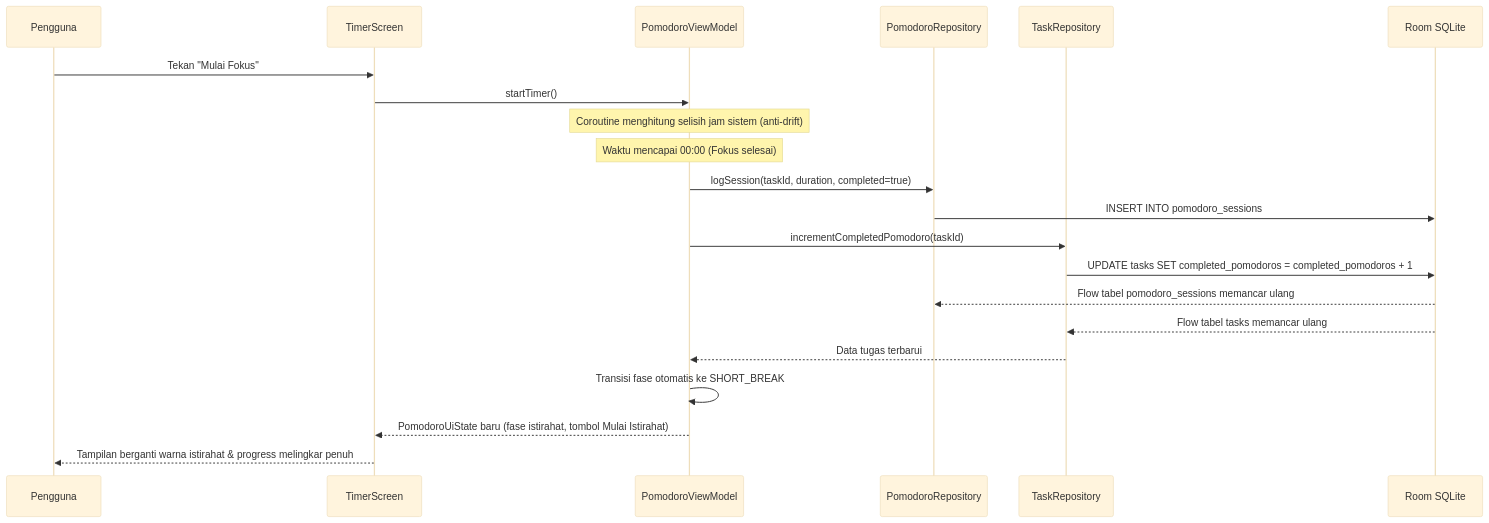
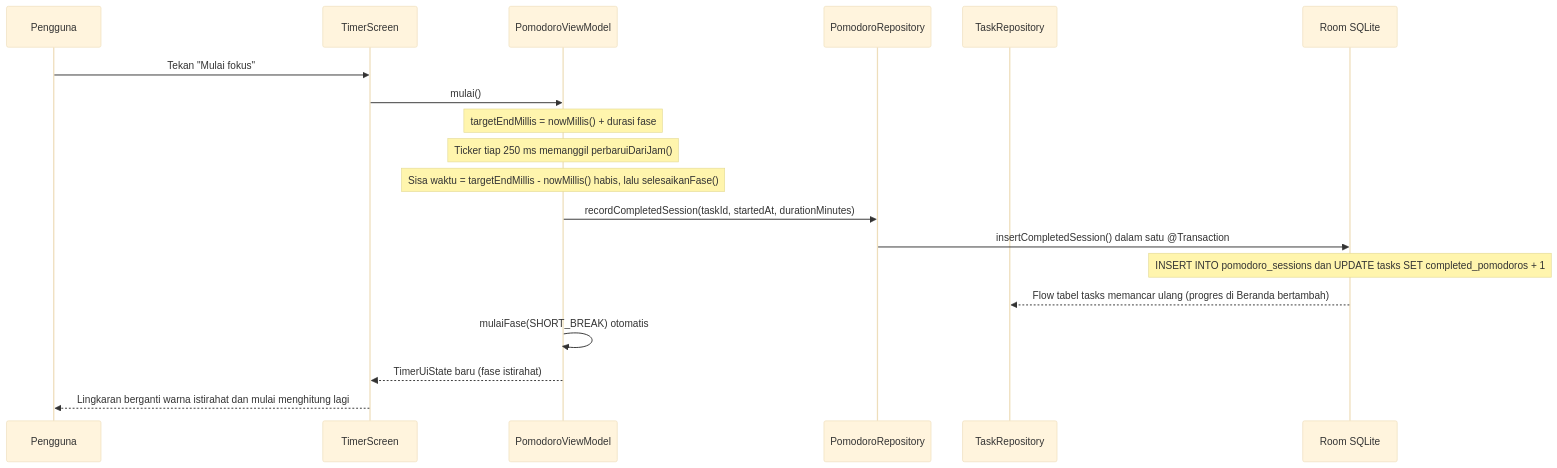
Before and after one commit to HafizhRaditya/projek_matakuliah_pemogramanmobile_kel6: the second of 2 diagrams in DOKUMENTASI.md, drawn with Mermaid (base theme). The commit also changed other lines of this file, not shown here.

````diff
--- a/DOKUMENTASI.md
+++ b/DOKUMENTASI.md
@@ -178,24 +177,22 @@
 ```mermaid
 sequenceDiagram
     participant User as Pengguna
     participant Timer as TimerScreen
     participant VM as PomodoroViewModel
     participant PRepo as PomodoroRepository
     participant TRepo as TaskRepository
     participant Room as Room SQLite
 
-    User->>Timer: Tekan "Mulai Fokus"
-    Timer->>VM: startTimer()
-    Note over VM: Coroutine menghitung selisih jam sistem (anti-drift)
-    Note over VM: Waktu mencapai 00:00 (Fokus selesai)
-    VM->>PRepo: logSession(taskId, duration, completed=true)
-    PRepo->>Room: INSERT INTO pomodoro_sessions
-    VM->>TRepo: incrementCompletedPomodoro(taskId)
-    TRepo->>Room: UPDATE tasks SET completed_pomodoros = completed_pomodoros + 1
-    Room-->>PRepo: Flow tabel pomodoro_sessions memancar ulang
-    Room-->>TRepo: Flow tabel tasks memancar ulang
-    TRepo-->>VM: Data tugas terbarui
-    VM->>VM: Transisi fase otomatis ke SHORT_BREAK
-    VM-->>Timer: PomodoroUiState baru (fase istirahat, tombol Mulai Istirahat)
-    Timer-->>User: Tampilan berganti warna istirahat & progress melingkar penuh
+    User->>Timer: Tekan "Mulai fokus"
+    Timer->>VM: mulai()
+    Note over VM: targetEndMillis = nowMillis() + durasi fase
+    Note over VM: Ticker tiap 250 ms memanggil perbaruiDariJam()
+    Note over VM: Sisa waktu = targetEndMillis - nowMillis() habis, lalu selesaikanFase()
+    VM->>PRepo: recordCompletedSession(taskId, startedAt, durationMinutes)
+    PRepo->>Room: insertCompletedSession() dalam satu @Transaction
+    Note over Room: INSERT INTO pomodoro_sessions dan UPDATE tasks SET completed_pomodoros + 1
+    Room-->>TRepo: Flow tabel tasks memancar ulang (progres di Beranda bertambah)
+    VM->>VM: mulaiFase(SHORT_BREAK) otomatis
+    VM-->>Timer: TimerUiState baru (fase istirahat)
+    Timer-->>User: Lingkaran berganti warna istirahat dan mulai menghitung lagi
 ```
````
